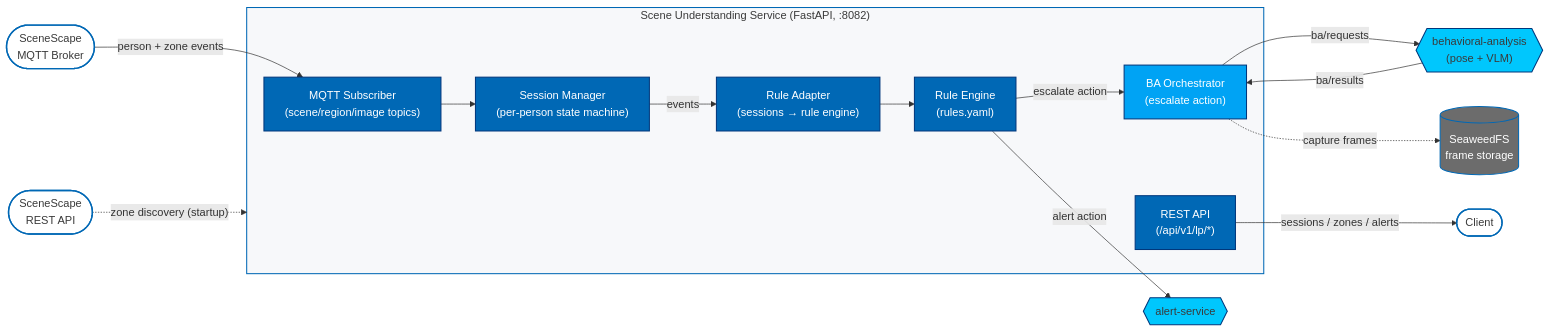
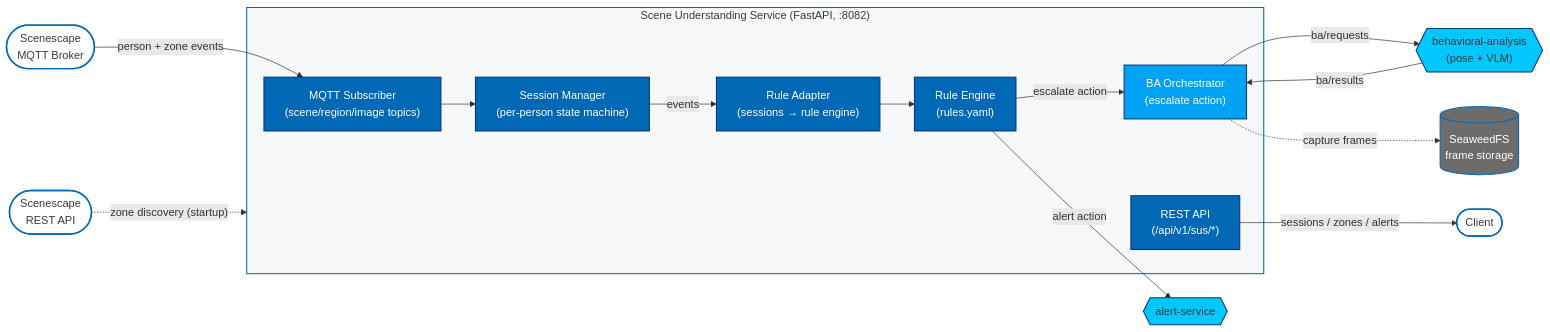
Before and after one commit to sachinkaushik/edge-ai-libraries: the diagram in microservices/scene-understanding-service/docs/user-guide/how-it-works.md, drawn with Mermaid. The commit also changed other lines of this file and 12 other files, not shown here.

````diff
--- a/microservices/scene-understanding-service/docs/user-guide/how-it-works.md
+++ b/microservices/scene-understanding-service/docs/user-guide/how-it-works.md
@@ -13,64 +13,64 @@
 ```mermaid
 %%{init: {
   'theme': 'base',
   'themeVariables': {
     'fontFamily': '"IntelOne Display", "Intel Clear", "Inter", "Segoe UI", Arial, sans-serif',
     'fontSize': '14px',
     'primaryColor': '#0068B5',
     'primaryTextColor': '#FFFFFF',
     'primaryBorderColor': '#00377C',
     'lineColor': '#00377C',
     'secondaryColor': '#EEF3F8',
     'tertiaryColor': '#F7F8FA',
     'background': '#FFFFFF',
     'mainBkg': '#FFFFFF',
     'clusterBkg': '#F7F8FA',
     'clusterBorder': '#0068B5',
     'edgeLabelBackground': '#FFFFFF',
     'noteBkgColor': '#F7F8FA',
     'noteTextColor': '#3A3A3A'
   }
 }}%%
 flowchart LR
-    Scene([SceneScape<br/>MQTT Broker])
-    SceneAPI([SceneScape<br/>REST API])
+    Scene([Scenescape<br/>MQTT Broker])
+    SceneAPI([Scenescape<br/>REST API])
 
     subgraph Service["Scene Understanding Service (FastAPI, :8082)"]
         MQTT["MQTT Subscriber<br/>(scene/region/image topics)"]
         SM["Session Manager<br/>(per-person state machine)"]
         RA["Rule Adapter<br/>(sessions → rule engine)"]
         RE["Rule Engine<br/>(rules.yaml)"]
         BA["BA Orchestrator<br/>(escalate action)"]
-        API["REST API<br/>(/api/v1/lp/*)"]
+        API["REST API<br/>(/api/v1/sus/*)"]
     end
 
     SeaweedFS[("SeaweedFS<br/>frame storage")]
     BAWorker{{"behavioral-analysis<br/>(pose + VLM)"}}
     AlertSvc{{"alert-service"}}
 
     Scene -- "person + zone events" --> MQTT
     MQTT --> SM
     SM -- "events" --> RA
     RA --> RE
     RE -- "alert action" --> AlertSvc
     RE -- "escalate action" --> BA
     BA -- "ba/requests" --> BAWorker
     BAWorker -- "ba/results" --> BA
     BA -. "capture frames" .-> SeaweedFS
     SceneAPI -. "zone discovery (startup)" .-> Service
     API -- "sessions / zones / alerts" --> Client([Client])
 
     classDef client fill:#FFFFFF,stroke:#0068B5,stroke-width:2px,color:#3A3A3A;
     classDef core fill:#0068B5,stroke:#00377C,stroke-width:1.5px,color:#FFFFFF;
     classDef backend fill:#00A3F4,stroke:#00377C,stroke-width:1.5px,color:#FFFFFF;
     classDef store fill:#6C6C6C,stroke:#0068B5,stroke-width:1.5px,color:#FFFFFF;
     classDef ext fill:#00C7FD,stroke:#00377C,stroke-width:1.5px,color:#3A3A3A;
 
     class Client,Scene,SceneAPI client;
     class MQTT,SM,RA,RE,API core;
     class BA backend;
     class SeaweedFS store;
     class BAWorker,AlertSvc ext;
 
     style Service fill:#F7F8FA,stroke:#0068B5,stroke-width:1.5px,color:#3A3A3A;
 ```
````
